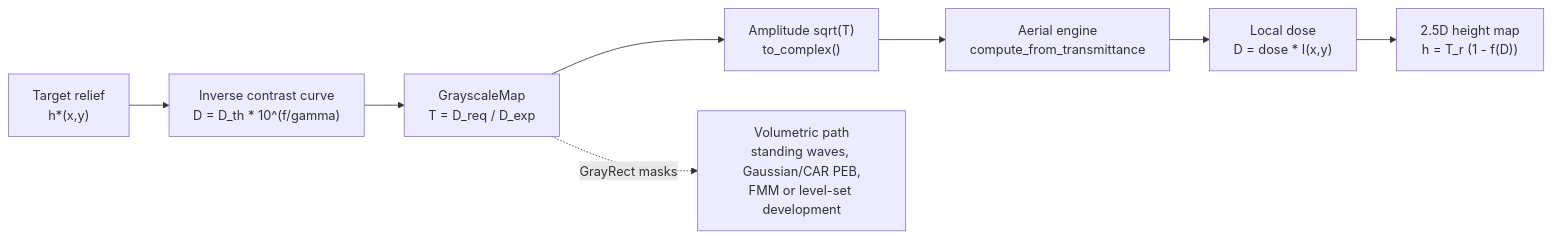
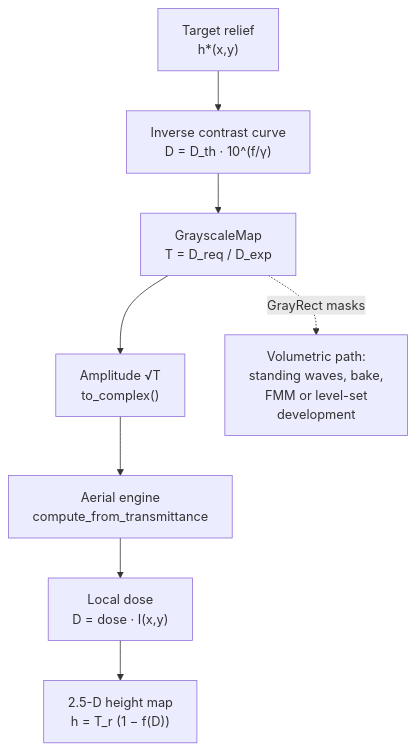
The diagram in docs/processes/grayscale.md (sonoransun/highuvlith), drawn with Mermaid before and after one commit. The commit also changed other lines of this file and 615 other files, not shown here.

````diff
--- a/docs/processes/grayscale.md
+++ b/docs/processes/grayscale.md
@@ -13,10 +59,10 @@
 ```mermaid
-flowchart LR
-    A["Target relief<br/>h*(x,y)"] --> B["Inverse contrast curve<br/>D = D_th * 10^(f/gamma)"]
+flowchart TD
+    A["Target relief<br/>h*(x,y)"] --> B["Inverse contrast curve<br/>D = D_th · 10^(f/γ)"]
     B --> C["GrayscaleMap<br/>T = D_req / D_exp"]
-    C --> D["Amplitude sqrt(T)<br/>to_complex()"]
+    C --> D["Amplitude √T<br/>to_complex()"]
     D --> E["Aerial engine<br/>compute_from_transmittance"]
-    E --> F["Local dose<br/>D = dose * I(x,y)"]
-    F --> G["2.5D height map<br/>h = T_r (1 - f(D))"]
-    C -.->|"GrayRect masks"| H["Volumetric path<br/>standing waves, Gaussian/CAR PEB,<br/>FMM or level-set development"]
+    E --> F["Local dose<br/>D = dose · I(x,y)"]
+    F --> G["2.5-D height map<br/>h = T_r (1 − f(D))"]
+    C -.->|"GrayRect masks"| H["Volumetric path:<br/>standing waves, bake,<br/>FMM or level-set<br/>development"]
 ```
````
